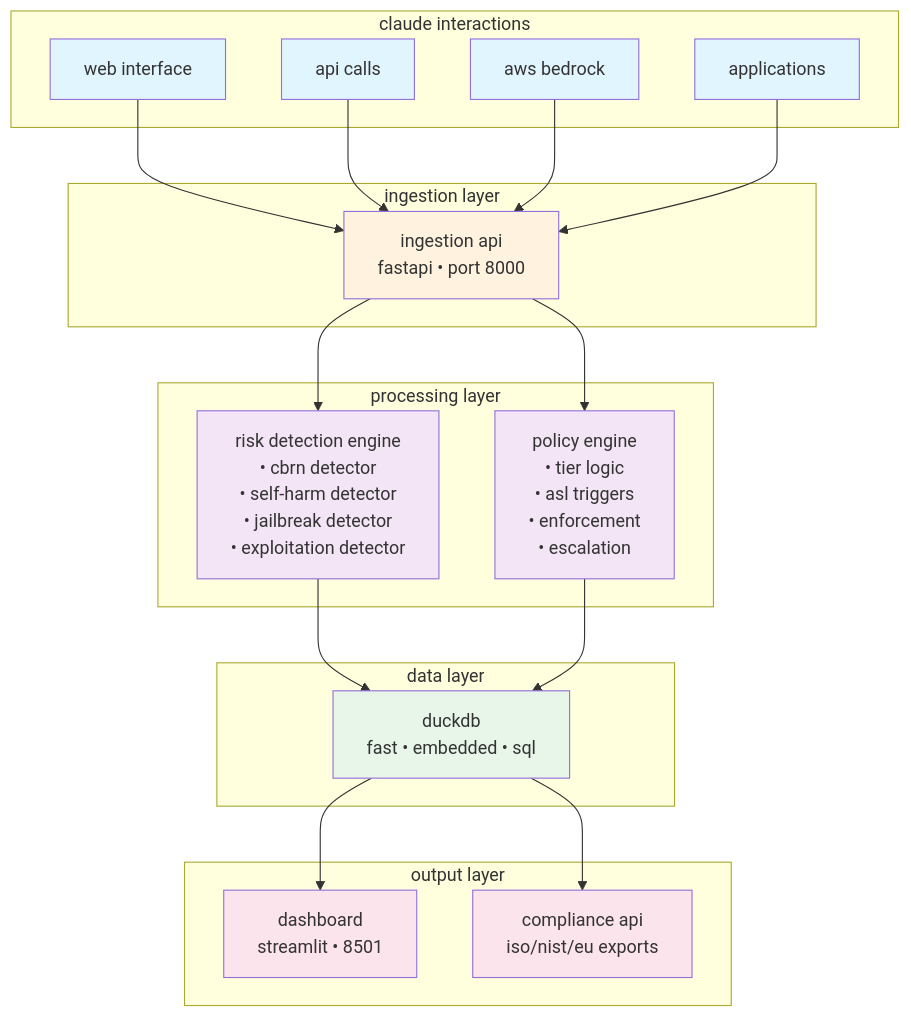
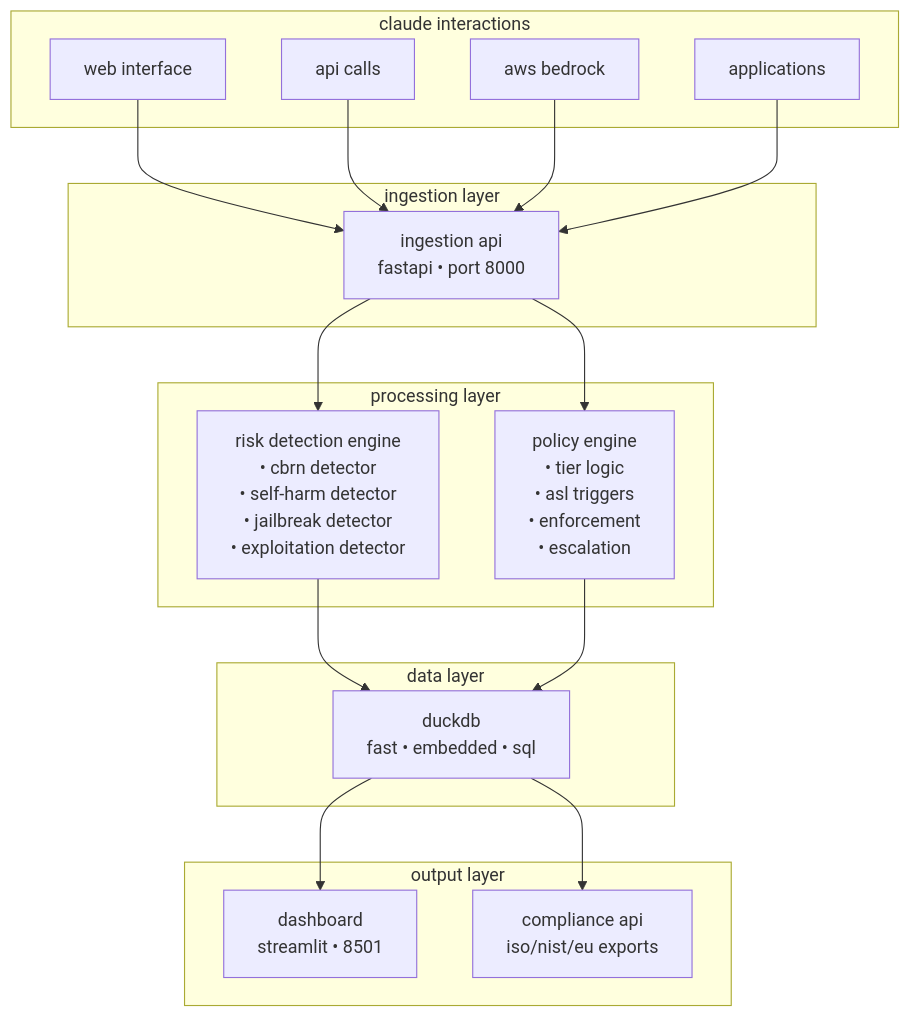
Before and after one commit to dipampaul17/cgcp: the first of 4 diagrams in README.md, drawn with Mermaid. The commit also changed other lines of this file, not shown here.

Commit message:
fix mermaid diagrams for github rendering and center-align title

````diff
--- a/README.md
+++ b/README.md
@@ -85,43 +85,32 @@
 ```mermaid
 graph TB
     subgraph "claude interactions"
         A1[web interface]
         A2[api calls]
         A3[aws bedrock]
         A4[applications]
     end
     
     subgraph "ingestion layer"
         B[ingestion api<br/>fastapi • port 8000]
     end
     
     subgraph "processing layer"
         C1[risk detection engine<br/>• cbrn detector<br/>• self-harm detector<br/>• jailbreak detector<br/>• exploitation detector]
         C2[policy engine<br/>• tier logic<br/>• asl triggers<br/>• enforcement<br/>• escalation]
     end
     
     subgraph "data layer"
         D[duckdb<br/>fast • embedded • sql]
     end
     
     subgraph "output layer"
         E1[dashboard<br/>streamlit • 8501]
         E2[compliance api<br/>iso/nist/eu exports]
     end
     
     A1 & A2 & A3 & A4 --> B
     B --> C1 & C2
     C1 & C2 --> D
     D --> E1 & E2
-    
-    style A1 fill:#e1f5fe
-    style A2 fill:#e1f5fe
-    style A3 fill:#e1f5fe
-    style A4 fill:#e1f5fe
-    style B fill:#fff3e0
-    style C1 fill:#f3e5f5
-    style C2 fill:#f3e5f5
-    style D fill:#e8f5e9
-    style E1 fill:#fce4ec
-    style E2 fill:#fce4ec
 ```
````
